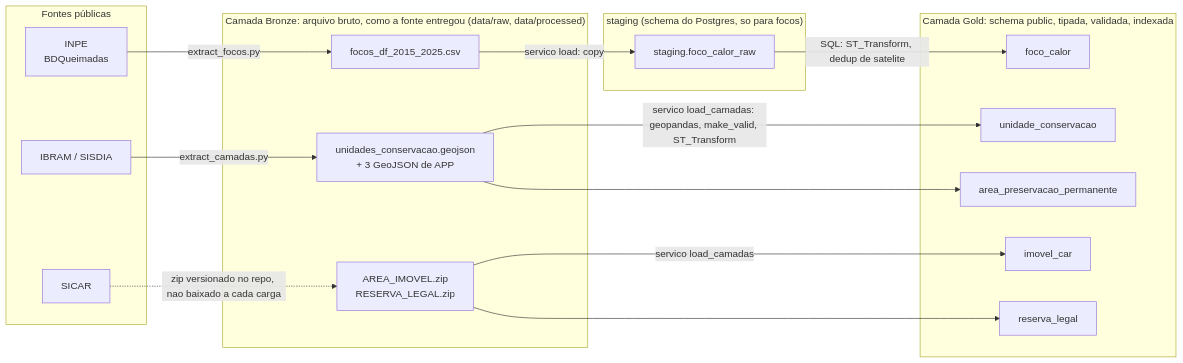
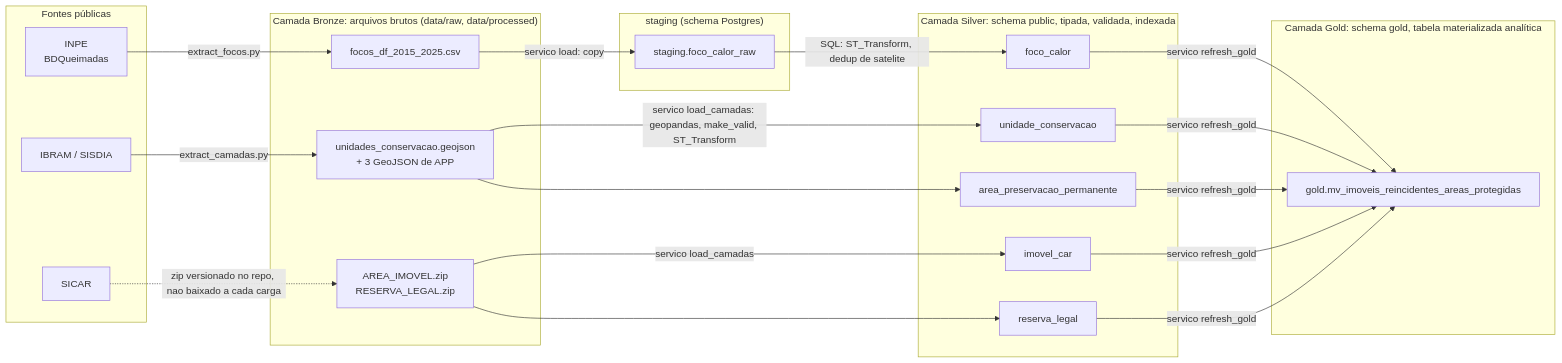
The third of 3 diagrams in docs/entrega/01/README.md (BeyondMagic/corta-fogo-df), drawn with Mermaid before and after one commit. The commit also changed other lines of this file and 7 other files, not shown here.

Commit message:
feat(r1): camada gold materializada, analise socioeconomica

````diff
--- a/docs/entrega/01/README.md
+++ b/docs/entrega/01/README.md
@@ -272,38 +272,44 @@
 ```mermaid
 flowchart LR
     subgraph Fontes["Fontes públicas"]
         INPE["INPE\nBDQueimadas"]
         IBRAM["IBRAM / SISDIA"]
         SICAR["SICAR"]
     end
 
-    subgraph Bronze["Camada Bronze: arquivo bruto, como a fonte entregou (data/raw, data/processed)"]
+    subgraph Bronze["Camada Bronze: arquivos brutos (data/raw, data/processed)"]
         CSV["focos_df_2015_2025.csv"]
         GEOJSON["unidades_conservacao.geojson\n+ 3 GeoJSON de APP"]
         ZIP["AREA_IMOVEL.zip\nRESERVA_LEGAL.zip"]
     end
 
-    subgraph Staging["staging (schema do Postgres, so para focos)"]
+    subgraph Staging["staging (schema Postgres)"]
         RAW["staging.foco_calor_raw"]
     end
 
-    subgraph Gold["Camada Gold: schema public, tipada, validada, indexada"]
+    subgraph Silver["Camada Silver: schema public, tipada, validada, indexada"]
         FC["foco_calor"]
         UC["unidade_conservacao"]
         APP["area_preservacao_permanente"]
         IC["imovel_car"]
         RL["reserva_legal"]
+    end
+
+    subgraph Gold["Camada Gold: schema gold, tabela materializada analítica"]
+        MV["gold.mv_imoveis_reincidentes_areas_protegidas"]
     end
 
     INPE -->|extract_focos.py| CSV
     IBRAM -->|extract_camadas.py| GEOJSON
     SICAR -.->|zip versionado no repo, nao baixado a cada carga| ZIP
 
     CSV -->|servico load: copy| RAW
     RAW -->|SQL: ST_Transform, dedup de satelite| FC
 
     GEOJSON -->|servico load_camadas: geopandas, make_valid, ST_Transform| UC
     GEOJSON --> APP
     ZIP -->|servico load_camadas| IC
     ZIP --> RL
+
+    FC & UC & APP & IC & RL -->|servico refresh_gold| MV
 ```
````
